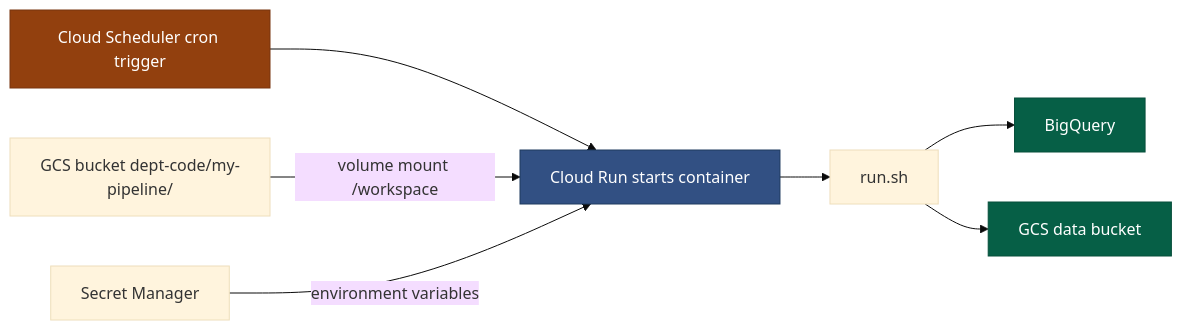
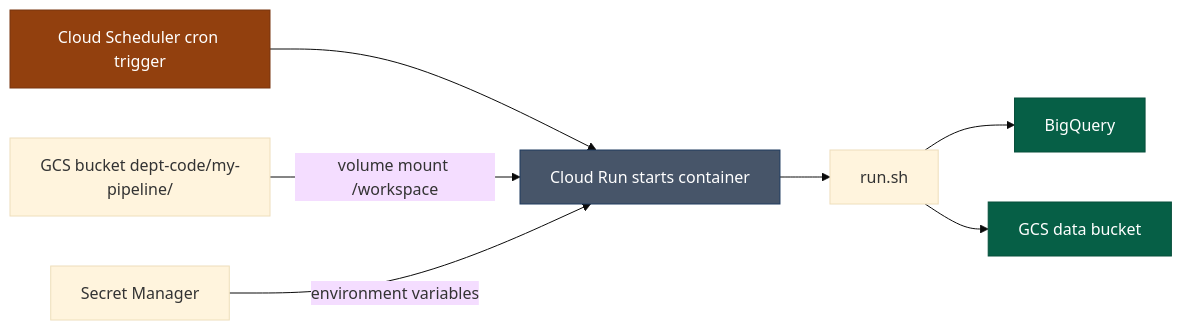
Before and after one commit to Ch3w3y/docker_gcp: the third of 3 diagrams in docs/architecture.md, drawn with Mermaid (base theme). The commit also changed other lines of this file and 12 other files, not shown here.

````diff
--- a/docs/architecture.md
+++ b/docs/architecture.md
@@ -312,13 +312,13 @@
 ```mermaid
 flowchart LR
     A["Cloud Scheduler cron trigger"] --> B["Cloud Run starts container"]
     C["GCS bucket dept-code/my-pipeline/"] -->|"volume mount /workspace"| B
     D["Secret Manager"] -->|environment variables| B
     B --> E["run.sh"]
     E --> F["BigQuery"]
     E --> G["GCS data bucket"]
     style A fill:#92400e,stroke:#78350f,color:#ffffff
-    style B fill:#325083,stroke:#1e3a5f,color:#ffffff
+    style B fill:#475569,stroke:#1e3a5f,color:#ffffff
     style F fill:#065f46,stroke:#064e3b,color:#ffffff
     style G fill:#065f46,stroke:#064e3b,color:#ffffff
 ```
````
